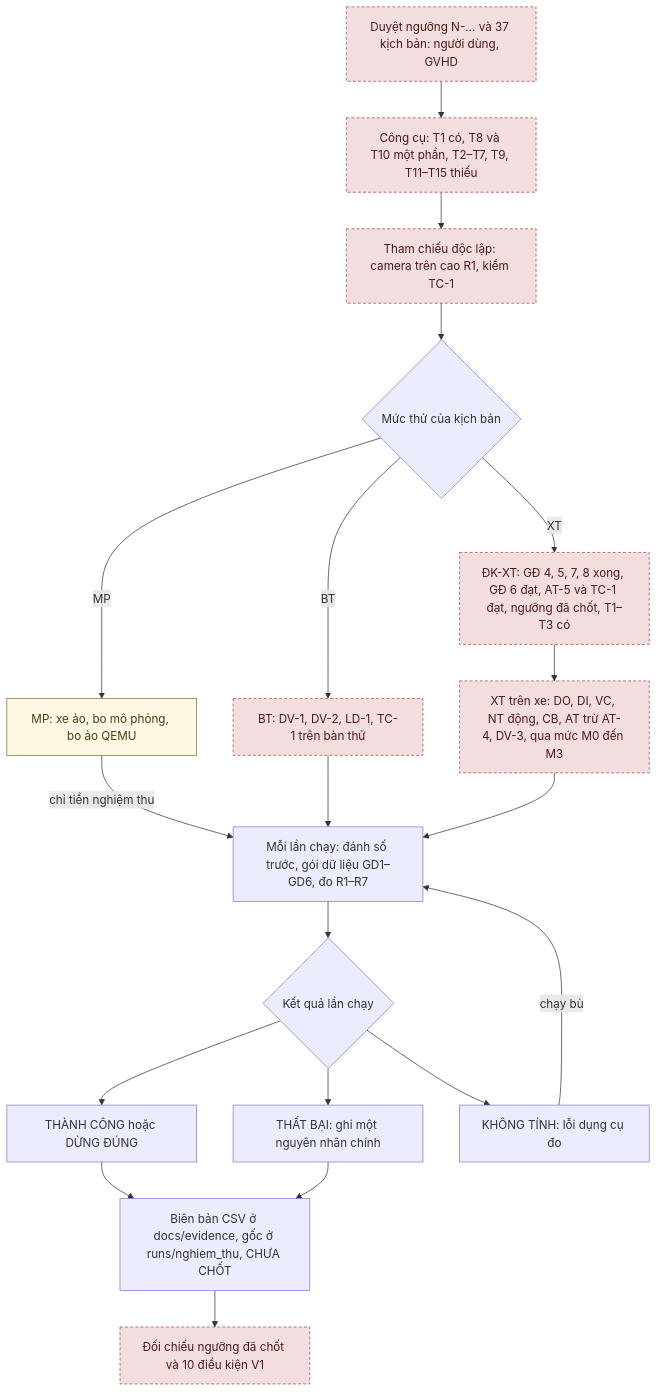
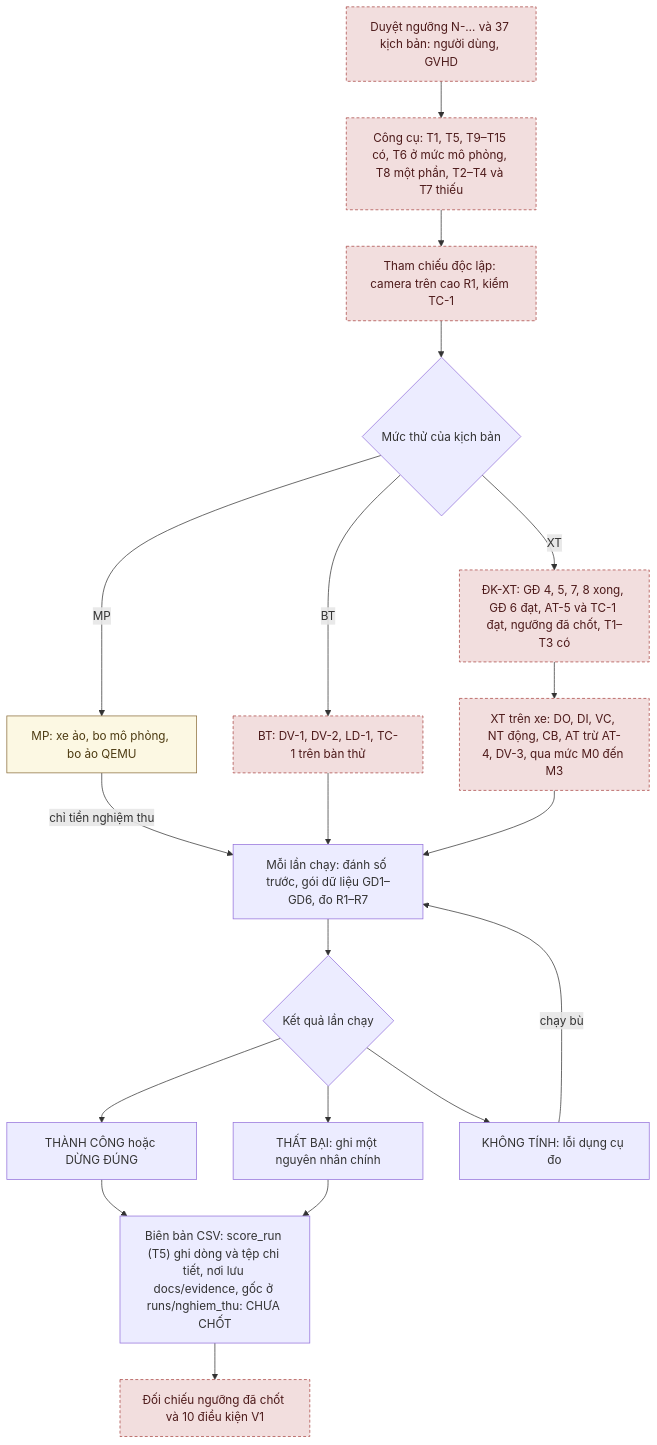
Diagram 45 of 49 in autopark/docs/SO_DO_HE_THONG.md (thbn12082/autopark), drawn with Mermaid before and after one commit. The commit also changed other lines of this file and 82 other files, not shown here.

````diff
--- a/autopark/docs/SO_DO_HE_THONG.md
+++ b/autopark/docs/SO_DO_HE_THONG.md
@@ -2401,38 +2541,38 @@
 ```mermaid
 flowchart TD
     A["Duyệt ngưỡng N-… và 37 kịch bản: người dùng, GVHD"]
-    B["Công cụ: T1 có, T8 và T10 một phần, T2–T7, T9, T11–T15 thiếu"]
+    B["Công cụ: T1, T5, T9–T15 có, T6 ở mức mô phỏng, T8 một phần, T2–T4 và T7 thiếu"]
     C["Tham chiếu độc lập: camera trên cao R1, kiểm TC-1"]
     D{"Mức thử của kịch bản"}
     MP["MP: xe ảo, bo mô phỏng, bo ảo QEMU"]
     BT["BT: DV-1, DV-2, LD-1, TC-1 trên bàn thử"]
     E["ĐK-XT: GĐ 4, 5, 7, 8 xong, GĐ 6 đạt, AT-5 và TC-1 đạt, ngưỡng đã chốt, T1–T3 có"]
     XT["XT trên xe: DO, DI, VC, NT động, CB, AT trừ AT-4, DV-3, qua mức M0 đến M3"]
     F["Mỗi lần chạy: đánh số trước, gói dữ liệu GD1–GD6, đo R1–R7"]
     G{"Kết quả lần chạy"}
     H1["THÀNH CÔNG hoặc DỪNG ĐÚNG"]
     H2["THẤT BẠI: ghi một nguyên nhân chính"]
     H3["KHÔNG TÍNH: lỗi dụng cụ đo"]
-    I["Biên bản CSV ở docs/evidence, gốc ở runs/nghiem_thu, CHƯA CHỐT"]
+    I["Biên bản CSV: score_run (T5) ghi dòng và tệp chi tiết, nơi lưu docs/evidence, gốc ở runs/nghiem_thu: CHƯA CHỐT"]
     J["Đối chiếu ngưỡng đã chốt và 10 điều kiện V1"]
     A --> B --> C --> D
     D -->|MP| MP
     D -->|BT| BT
     D -->|XT| E --> XT
     MP -->|chỉ tiền nghiệm thu| F
     BT --> F
     XT --> F
     F --> G
     G --> H1
     G --> H2
     G --> H3
     H1 --> I
     H2 --> I
     H3 -->|chạy bù| F
     I --> J
     classDef daco fill:#dff0d8,stroke:#3c763d,color:#1b3a1b
     classDef giaLap fill:#fcf8e3,stroke:#8a6d3b,color:#4d3b12
     classDef chuaLam fill:#f2dede,stroke:#a94442,color:#4d1a1a,stroke-dasharray: 4 3
     class MP giaLap
     class A,B,C,BT,E,XT,J chuaLam
 ```
````
